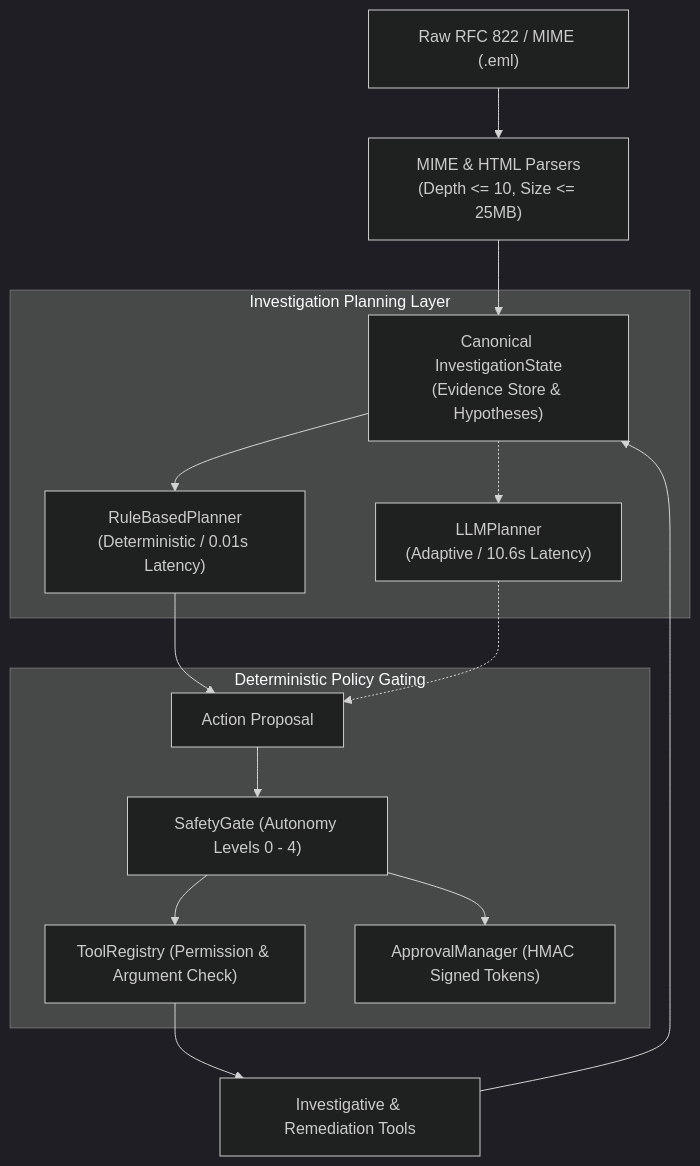
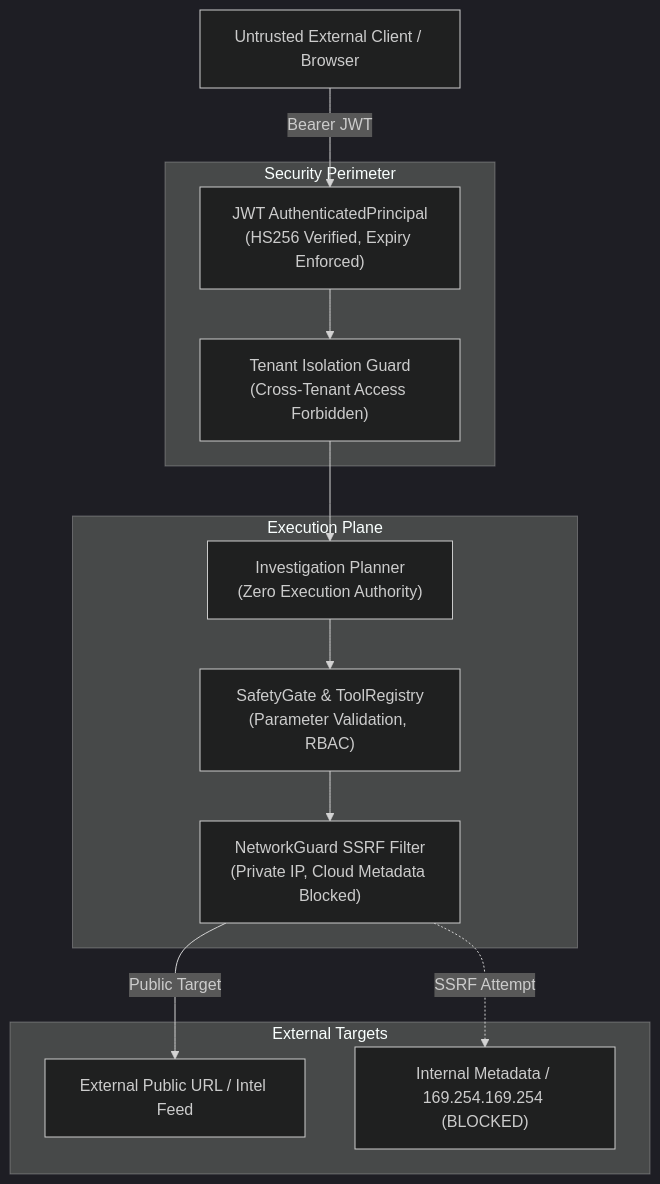
Before and after one commit to seniru-ekanayake/agentic-email-defense: the fourth of 4 diagrams in README.md, drawn with Mermaid (dark theme). The commit also changed other lines of this file and 7 other files, not shown here.

````diff
--- a/README.md
+++ b/README.md
@@ -57,22 +133,28 @@
 ```mermaid
 flowchart TD
-    RAW["Raw RFC 822 / MIME (.eml)"] --> PARSE["MIME & HTML Parsers<br/>(Depth <= 10, Size <= 25MB)"]
-    PARSE --> STATE["Canonical InvestigationState<br/>(Evidence Store & Hypotheses)"]
+    Client["Untrusted External Client / Browser"]
     
-    subgraph PLANNERS["Investigation Planning Layer"]
-        STATE --> RB["RuleBasedPlanner<br/>(Deterministic / 0.01s Latency)"]
-        STATE -.-> LLM["LLMPlanner<br/>(Adaptive / 10.6s Latency)"]
+    subgraph Perimeter ["Security Perimeter"]
+        AuthFilter["JWT AuthenticatedPrincipal<br/>(HS256 Verified, Expiry Enforced)"]
+        TenantFilter["Tenant Isolation Guard<br/>(Cross-Tenant Access Forbidden)"]
     end
     
-    RB --> PROPOSAL["Action Proposal"]
-    LLM -.-> PROPOSAL
-    
-    subgraph GOVERNANCE["Deterministic Policy Gating"]
-        PROPOSAL --> SG["SafetyGate (Autonomy Levels 0 - 4)"]
-        SG --> TR["ToolRegistry (Permission & Argument Check)"]
-        SG --> APPR["ApprovalManager (HMAC Signed Tokens)"]
+    subgraph ExecutionPlane ["Execution Plane"]
+        PlannerNode["Investigation Planner<br/>(Zero Execution Authority)"]
+        SafetyGateNode["SafetyGate & ToolRegistry<br/>(Parameter Validation, RBAC)"]
+        NetworkGuardNode["NetworkGuard SSRF Filter<br/>(Private IP, Cloud Metadata Blocked)"]
     end
     
-    TR --> TOOLS["Investigative & Remediation Tools"]
-    TOOLS --> STATE
+    subgraph ExternalResources ["External Targets"]
+        Internet["External Public URL / Intel Feed"]
+        Protected["Internal Metadata / 169.254.169.254 (BLOCKED)"]
+    end
+    
+    Client -->|Bearer JWT| AuthFilter
+    AuthFilter --> TenantFilter
+    TenantFilter --> PlannerNode
+    PlannerNode --> SafetyGateNode
+    SafetyGateNode --> NetworkGuardNode
+    NetworkGuardNode -->|Public Target| Internet
+    NetworkGuardNode -.->|SSRF Attempt| Protected
 ```
````
